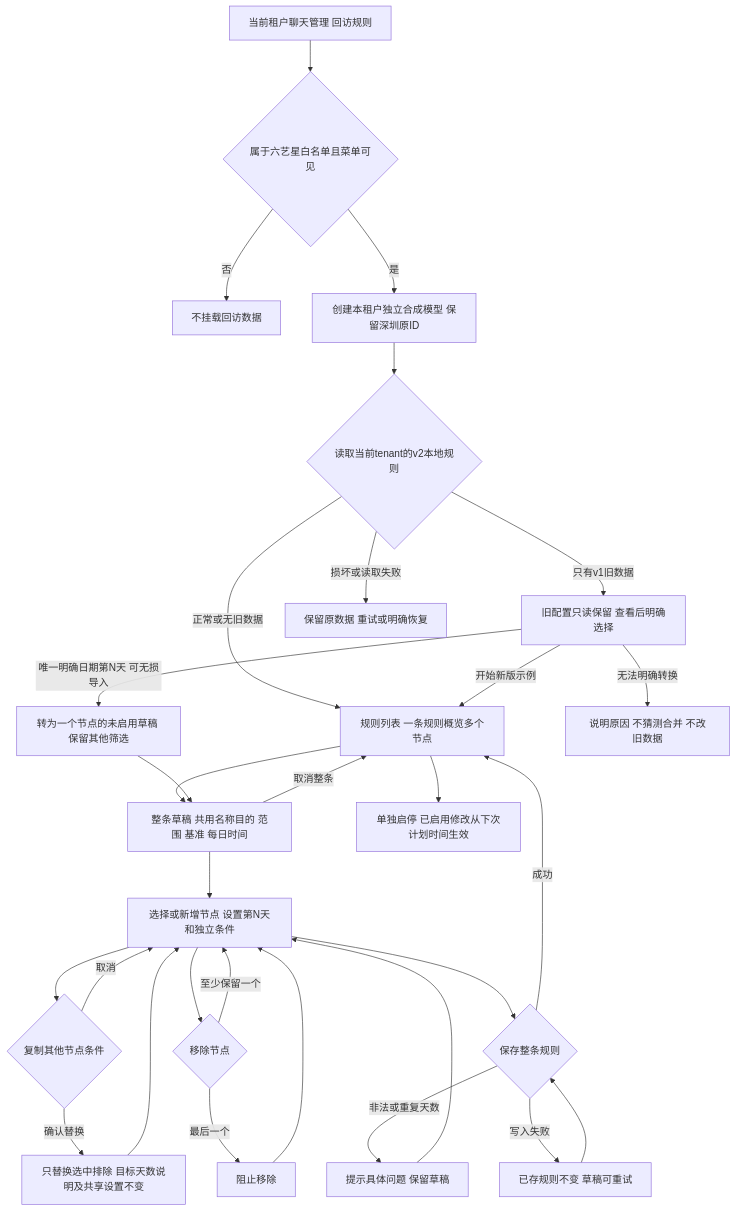
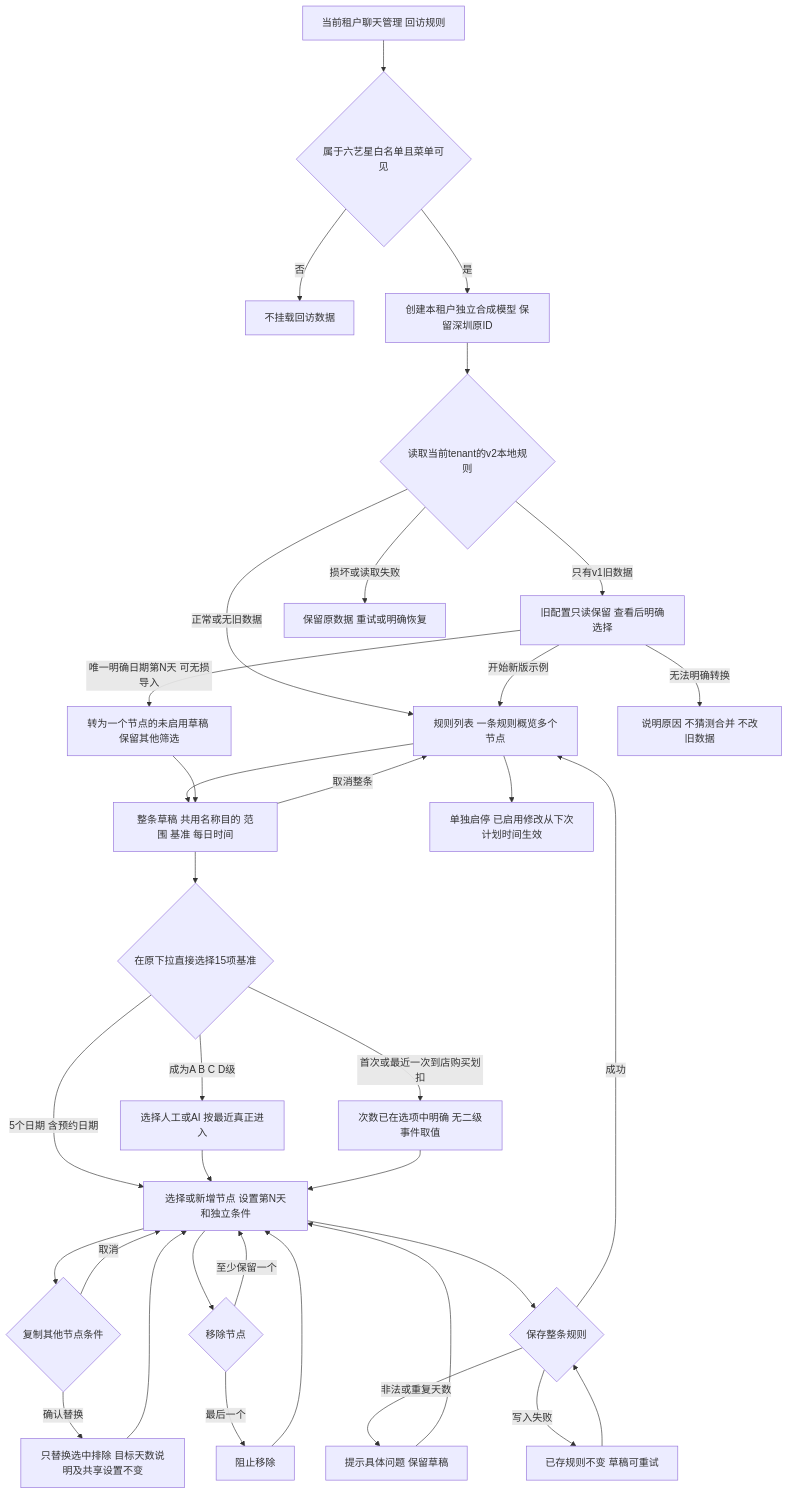
Before and after one commit to xfang9528-glitch/suiyin-admin: the second of 12 diagrams in flowcharts/admin-live-reference.md, drawn with Mermaid. The commit also changed other lines of this file and 77 other files, not shown here.

Commit message:
feat(admin): add event and grade revisit anchors

````diff
--- a/flowcharts/admin-live-reference.md
+++ b/flowcharts/admin-live-reference.md
@@ -35,32 +35,37 @@
 ```mermaid
 flowchart TD
     Entry[当前租户聊天管理 回访规则] --> Tenant{属于六艺星白名单且菜单可见}
     Tenant -->|否| Denied[不挂载回访数据]
     Tenant -->|是| Model[创建本租户独立合成模型 保留深圳原ID]
     Model --> Read{读取当前tenant的v2本地规则}
     Read -->|正常或无旧数据| List[规则列表 一条规则概览多个节点]
     Read -->|只有v1旧数据| Legacy[旧配置只读保留 查看后明确选择]
     Legacy -->|开始新版示例| List
     Legacy -->|唯一明确日期第N天 可无损导入| Import[转为一个节点的未启用草稿 保留其他筛选]
     Legacy -->|无法明确转换| Keep[说明原因 不猜测合并 不改旧数据]
     Read -->|损坏或读取失败| Error[保留原数据 重试或明确恢复]
     List --> Edit[整条草稿 共用名称目的 范围 基准 每日时间]
     Import --> Edit
-    Edit --> Node[选择或新增节点 设置第N天和独立条件]
+    Edit --> Anchor{在原下拉直接选择15项基准}
+    Anchor -->|5个日期 含预约日期| Node[选择或新增节点 设置第N天和独立条件]
+    Anchor -->|成为A B C D级| Grade[选择人工或AI 按最近真正进入]
+    Anchor -->|首次或最近一次到店购买划扣| Event[次数已在选项中明确 无二级事件取值]
+    Grade --> Node
+    Event --> Node
     Node --> Copy{复制其他节点条件}
     Copy -->|确认替换| Snapshot[只替换选中排除 目标天数说明及共享设置不变]
     Copy -->|取消| Node
     Snapshot --> Node
     Node --> Remove{移除节点}
     Remove -->|至少保留一个| Node
     Remove -->|最后一个| Block[阻止移除]
     Block --> Node
     Node --> Save{保存整条规则}
     Save -->|非法或重复天数| Fix[提示具体问题 保留草稿]
     Fix --> Node
     Save -->|写入失败| Retry[已存规则不变 草稿可重试]
     Retry --> Save
     Save -->|成功| List
     Edit -->|取消整条| List
     List --> Enable[单独启停 已启用修改从下次计划时间生效]
 ```
````
